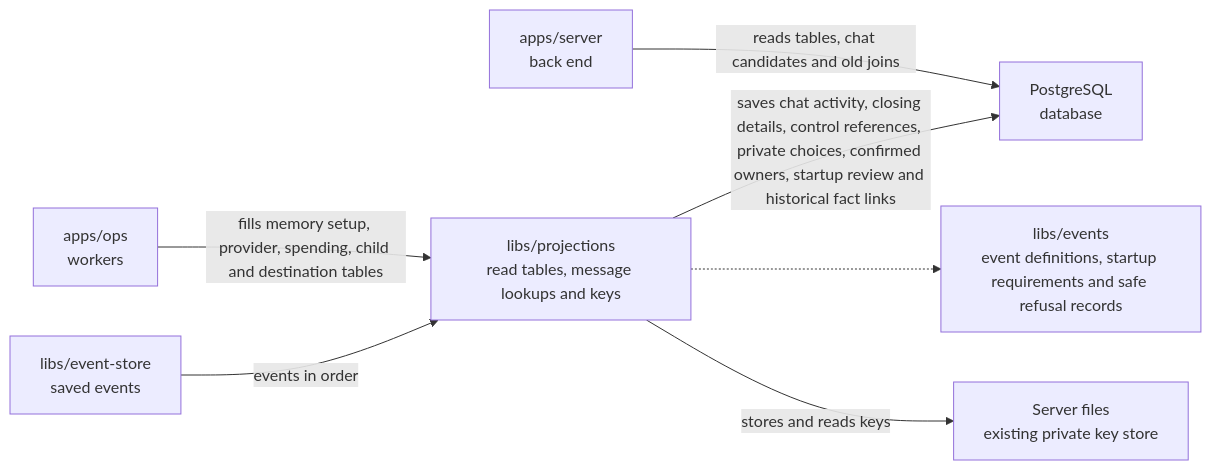
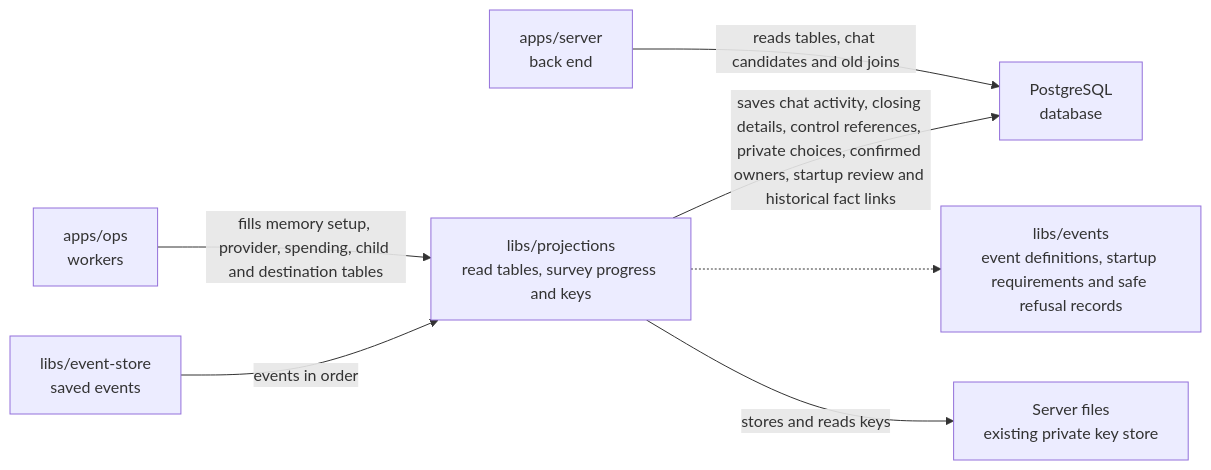
The diagram in libs/projections/README.md (elewa-git/opencrane-new), drawn with Mermaid before and after one commit. The commit also changed other lines of this file and 23 other files, not shown here.

Commit message:
🧾 Define encrypted survey progress and prepare private member keys

````diff
--- a/libs/projections/README.md
+++ b/libs/projections/README.md
@@ -23,9 +23,9 @@
 ```mermaid
 flowchart LR
-  ops["apps/ops<br/>workers"] -->|fills memory setup, provider, spending, child and destination tables| projections["libs/projections<br/>read tables, message lookups and keys"]
+  ops["apps/ops<br/>workers"] -->|fills memory setup, provider, spending, child and destination tables| projections["libs/projections<br/>read tables, survey progress and keys"]
   server["apps/server<br/>back end"] -->|reads tables, chat candidates and old joins| pg["PostgreSQL<br/>database"]
   projections -->|saves chat activity, closing details, control references, private choices, confirmed owners, startup review and historical fact links| pg
   store["libs/event-store<br/>saved events"] -->|events in order| projections
   projections -.-> events["libs/events<br/>event definitions, startup requirements and safe refusal records"]
   projections -->|stores and reads keys| keys["Server files<br/>existing private key store"]
 ```
````
